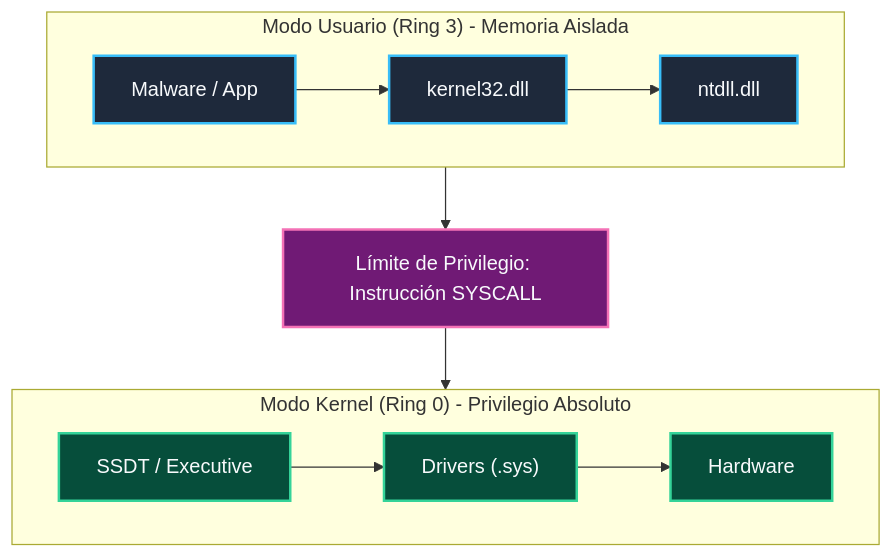
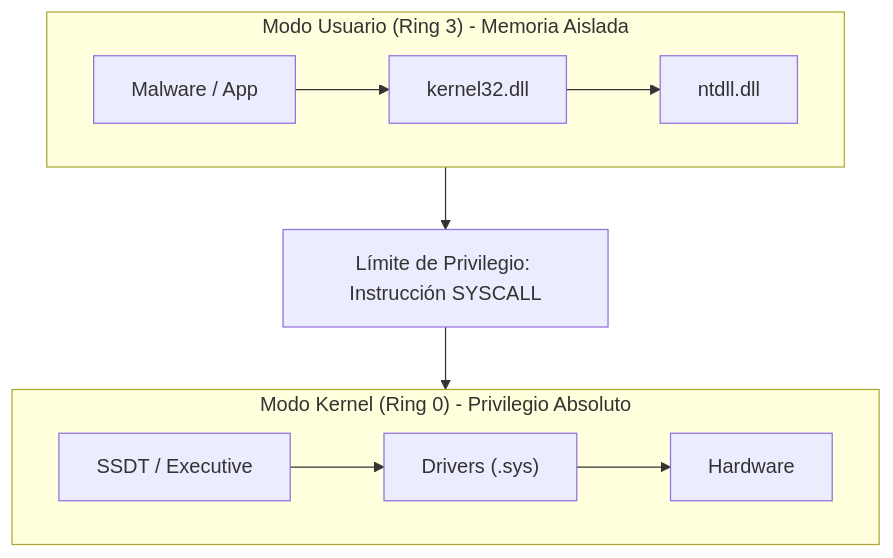
The second of 7 diagrams in malware-analysis/01-arquitectura-windows-directorios-y-permisos/README.md (purpesec/Cybersecurity-For-Beginners), drawn with Mermaid before and after one commit. The commit also changed other lines of this file and 4 other files, not shown here.

Commit message:
style: remover classDef y colores personalizados para usar estilo nativo estandar de Mermaid

````diff
--- a/malware-analysis/01-arquitectura-windows-directorios-y-permisos/README.md
+++ b/malware-analysis/01-arquitectura-windows-directorios-y-permisos/README.md
@@ -35,20 +30,16 @@
 ```mermaid
 flowchart TD
-    classDef user fill:#1e293b,stroke:#38bdf8,stroke-width:2px,color:#f8fafc;
-    classDef trans fill:#701a75,stroke:#f472b6,stroke-width:2px,color:#f8fafc;
-    classDef kern fill:#064e3b,stroke:#34d399,stroke-width:2px,color:#f8fafc;
-
     subgraph U["Modo Usuario (Ring 3) - Memoria Aislada"]
         direction LR
-        APP["Malware / App"]:::user --> WIN32["kernel32.dll"]:::user --> NTDLL["ntdll.dll"]:::user
+        APP["Malware / App"] --> WIN32["kernel32.dll"] --> NTDLL["ntdll.dll"]
     end
 
-    GATE["Límite de Privilegio: Instrucción SYSCALL"]:::trans
+    GATE["Límite de Privilegio: Instrucción SYSCALL"]
 
     subgraph K["Modo Kernel (Ring 0) - Privilegio Absoluto"]
         direction LR
-        SSDT["SSDT / Executive"]:::kern --> DRV["Drivers (.sys)"]:::kern --> HW["Hardware"]:::kern
+        SSDT["SSDT / Executive"] --> DRV["Drivers (.sys)"] --> HW["Hardware"]
     end
 
     U --> GATE --> K
 ```
````
